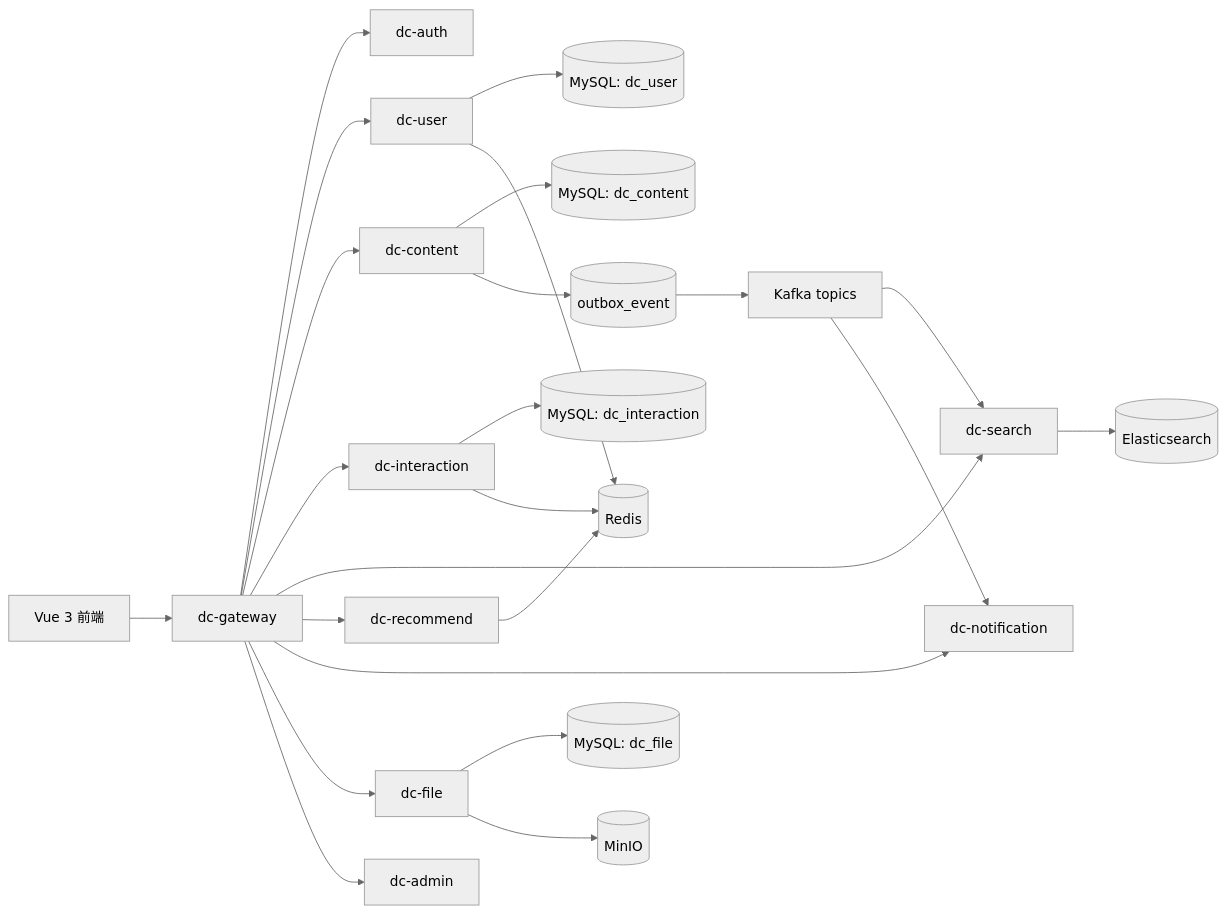
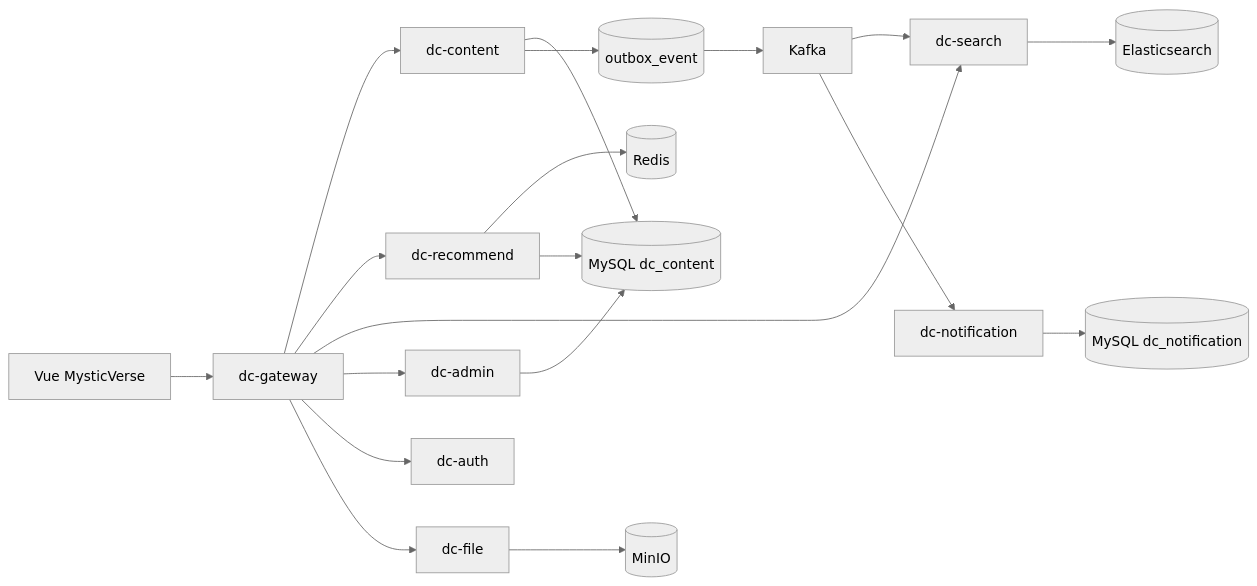
One commit to wangyufanshuai/DevCircle changed the diagram in docs/technical-specification.md. Above: the diagram before and after it, drawn with Mermaid (neutral theme). The commit also changed other lines of this file and 52 other files, not shown here.

````diff
--- a/docs/technical-specification.md
+++ b/docs/technical-specification.md
@@ -50,29 +26,22 @@
 ```mermaid
 flowchart LR
-  Browser["Vue 3 前端"] --> Gateway["dc-gateway"]
+  Web["Vue MysticVerse"] --> Gateway["dc-gateway"]
+  Gateway --> Content["dc-content"]
+  Gateway --> Recommend["dc-recommend"]
+  Gateway --> Search["dc-search"]
+  Gateway --> Admin["dc-admin"]
   Gateway --> Auth["dc-auth"]
-  Gateway --> User["dc-user"]
-  Gateway --> Content["dc-content"]
-  Gateway --> Interaction["dc-interaction"]
-  Gateway --> Search["dc-search"]
-  Gateway --> Recommend["dc-recommend"]
-  Gateway --> Notify["dc-notification"]
   Gateway --> File["dc-file"]
-  Gateway --> Admin["dc-admin"]
 
-  Content --> MySQLContent[("MySQL: dc_content")]
-  Interaction --> MySQLInteraction[("MySQL: dc_interaction")]
-  User --> MySQLUser[("MySQL: dc_user")]
-  File --> MySQLFile[("MySQL: dc_file")]
-  File --> MinIO[("MinIO")]
-
+  Content --> MySQLContent[("MySQL dc_content")]
   Content --> Outbox[("outbox_event")]
-  Outbox --> Kafka["Kafka topics"]
+  Outbox --> Kafka["Kafka"]
   Kafka --> Search
-  Kafka --> Notify
-
   Search --> ES[("Elasticsearch")]
   Recommend --> Redis[("Redis")]
-  Interaction --> Redis
-  User --> Redis
+  Recommend --> MySQLContent
+  Admin --> MySQLContent
+  Kafka --> Notify["dc-notification"]
+  Notify --> MySQLNotify[("MySQL dc_notification")]
+  File --> MinIO[("MinIO")]
 ```
````
